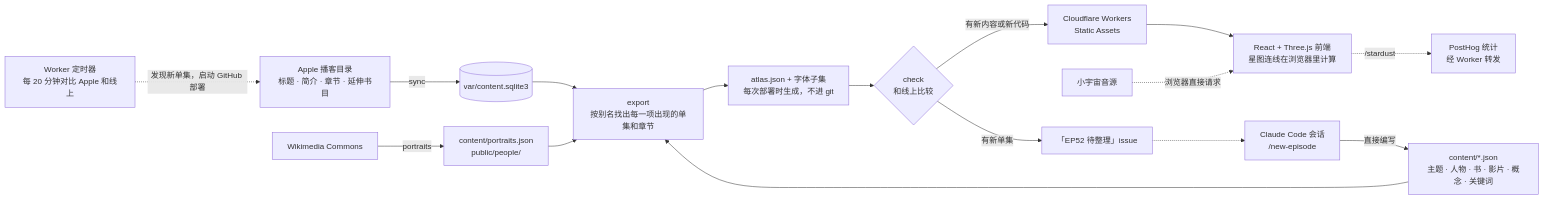
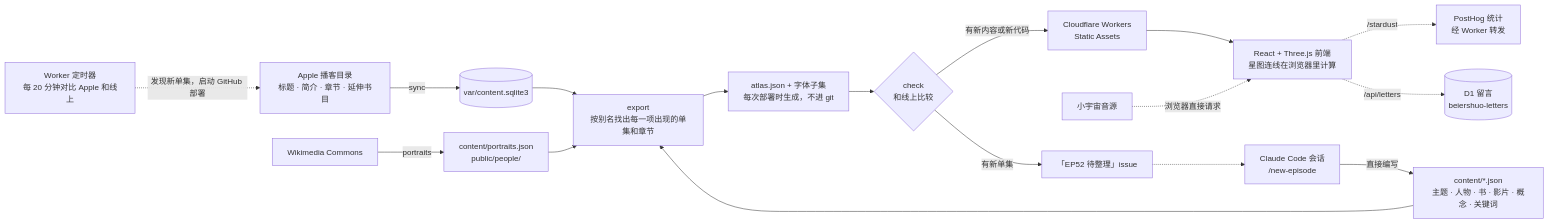
One commit to foreseaz/beiershuo changed the diagram in README.md. Above: the diagram before and after it, drawn with Mermaid. The commit also changed other lines of this file and 6 other files, not shown here.

````diff
--- a/README.md
+++ b/README.md
@@ -31,18 +35,19 @@
 ```mermaid
 flowchart LR
   T[Worker 定时器<br/>每 20 分钟对比 Apple 和线上] -. 发现新单集，启动 GitHub 部署 .-> A
   A[Apple 播客目录<br/>标题 · 简介 · 章节 · 延伸书目] -->|sync| D[(var/content.sqlite3)]
   C[Claude Code 会话<br/>/new-episode] -->|直接编写| J[content/*.json<br/>主题 · 人物 · 书 · 影片 · 概念 · 关键词]
   W[Wikimedia Commons] -->|portraits| P[content/portraits.json<br/>public/people/]
   D --> E[export<br/>按别名找出每一项出现的单集和章节]
   J --> E
   P --> E
   E --> S[atlas.json + 字体子集<br/>每次部署时生成，不进 git]
   S --> K{check<br/>和线上比较}
   K -->|有新内容或新代码| CF[Cloudflare Workers<br/>Static Assets]
   K -->|有新单集| I[「EP52 待整理」issue]
   I -.-> C
   CF --> F[React + Three.js 前端<br/>星图连线在浏览器里计算]
   X[小宇宙音源] -. 浏览器直接请求 .-> F
   F -. /stardust .-> PH[PostHog 统计<br/>经 Worker 转发]
+  F -. /api/letters .-> L[(D1 留言<br/>beiershuo-letters)]
 ```
````
